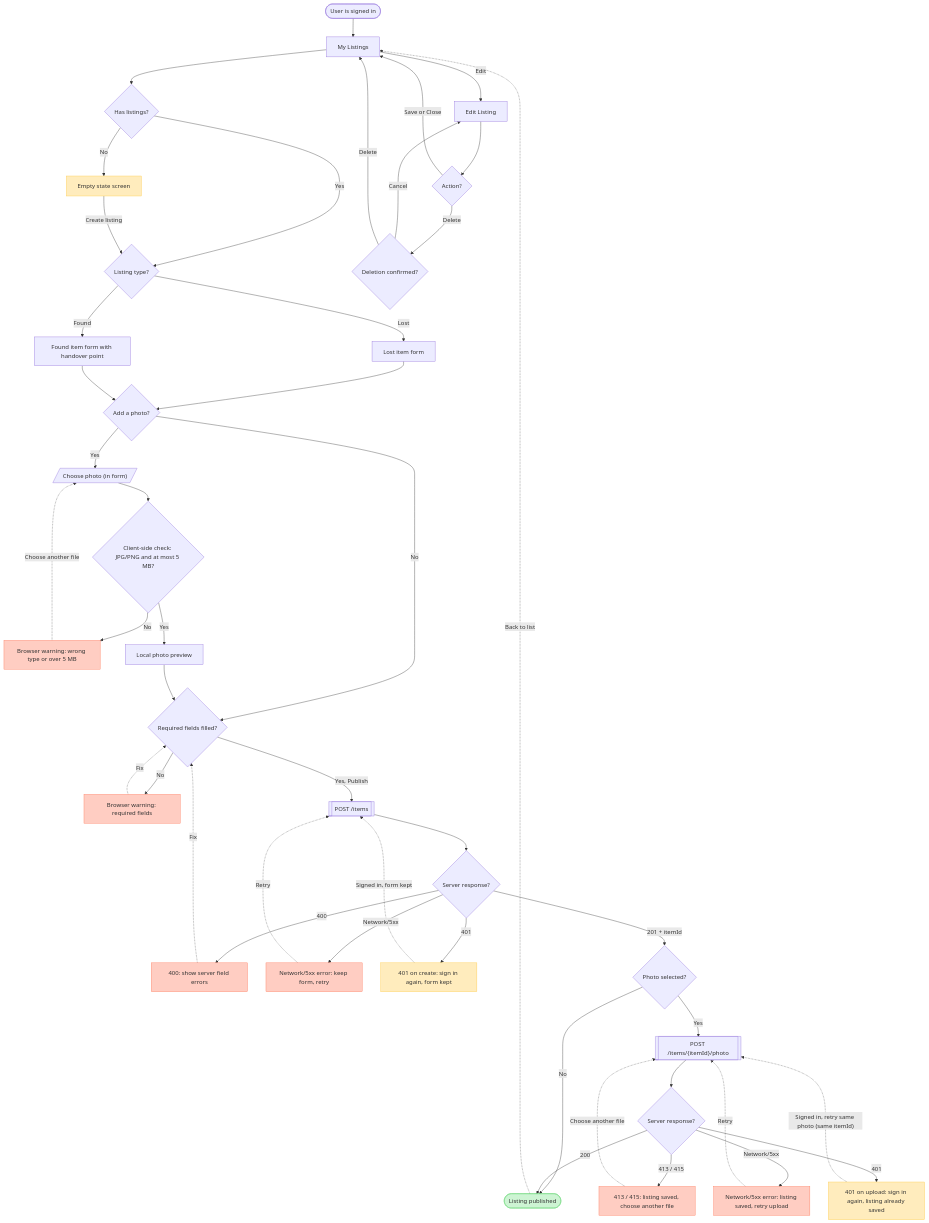
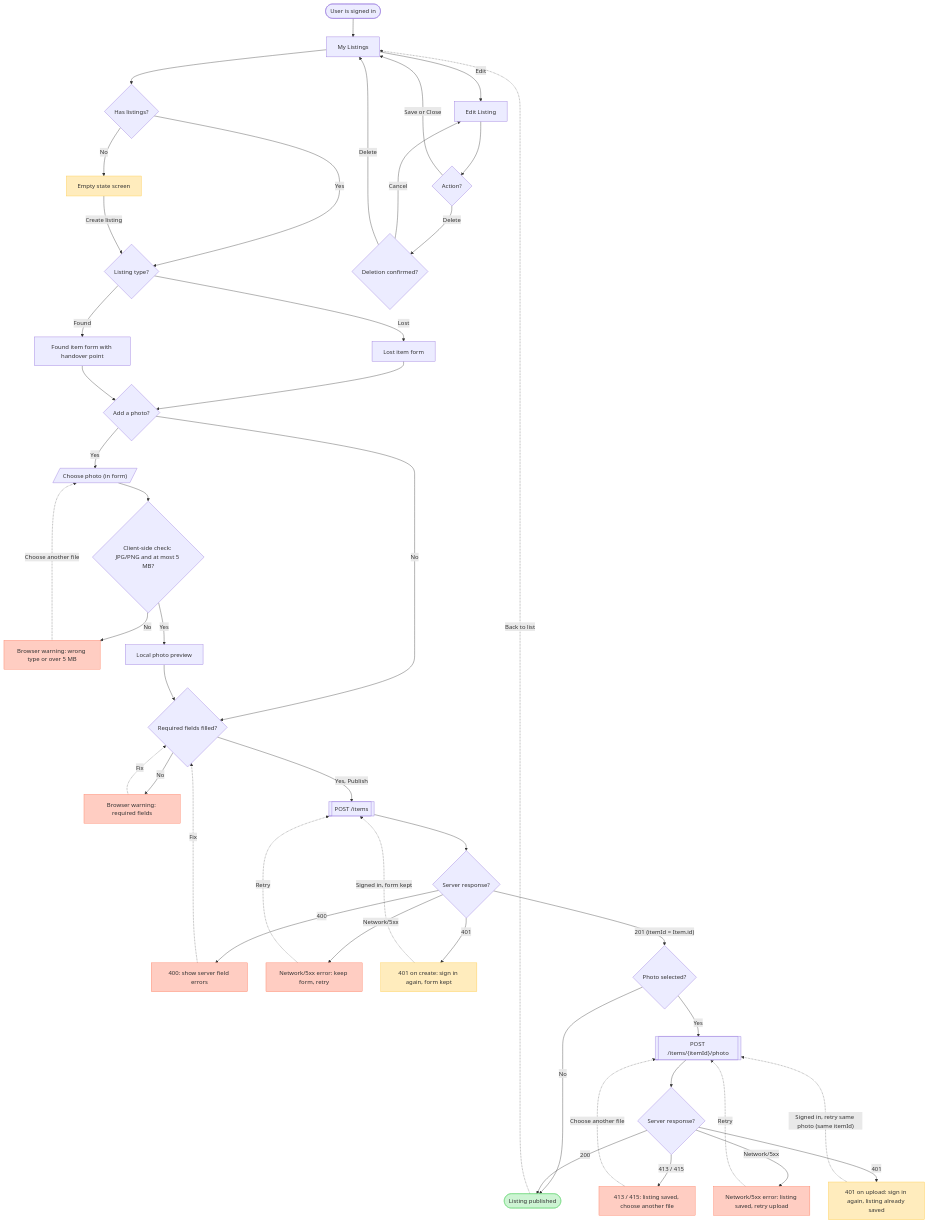
The diagram in docs/ux/flows/m2.md (seng321-team24/campus-lost-and-found-portal), drawn with Mermaid before and after one commit. The commit also changed other lines of this file, not shown here.

Commit message:
docs(m2): clarify itemId from 201 response (#49)

```diff
--- a/docs/ux/flows/m2.md
+++ b/docs/ux/flows/m2.md
@@ -60,7 +60,7 @@
     fieldErr -.->|"Fix"| required
     required -->|"Yes, Publish"| create
     create --> createOk
-    createOk -->|"201 + itemId"| hasPhoto
+    createOk -->|"201 (itemId = Item.id)"| hasPhoto
     createOk -->|"400"| serverFieldErr
     serverFieldErr -.->|"Fix"| required
     createOk -->|"Network/5xx"| createRetry
```
